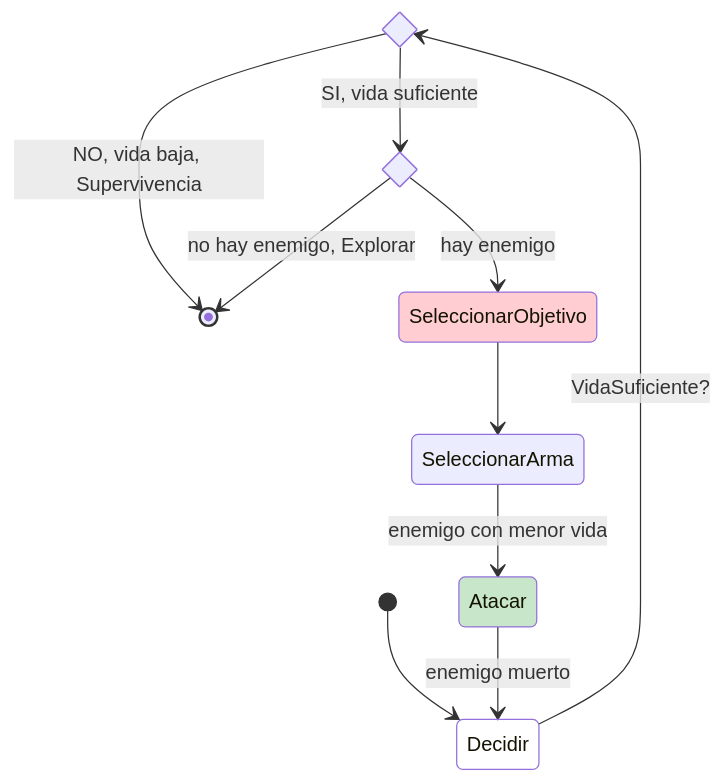
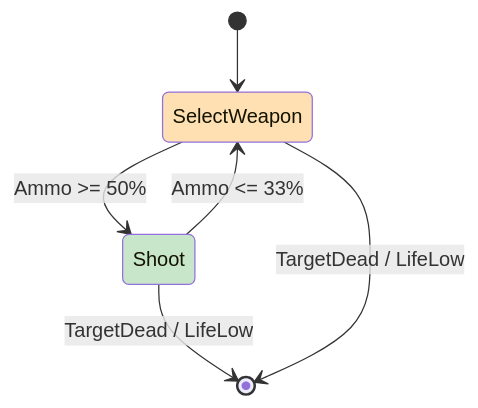
Before and after one commit to Kang-Hsi/hfsm-bt: the third of 5 diagrams in README.md, drawn with Mermaid. The commit also changed other lines of this file, not shown here.

````diff
--- a/README.md
+++ b/README.md
@@ -526,27 +529,18 @@
     ```mermaid
     ---
     config:
     theme: base
     look: neo
     ---
     stateDiagram
     direction TB
-    state VidaSuficiente? <<choice>>
-    state HayEnemigo? <<choice>>
 
-    [*] --> Decidir
-    Decidir --> VidaSuficiente?:VidaSuficiente?
-    VidaSuficiente? --> [*]:NO, vida baja, Supervivencia
-    VidaSuficiente? --> HayEnemigo?:SI, vida suficiente
-    HayEnemigo? --> [*]:no hay enemigo, Explorar
-    HayEnemigo? --> SeleccionarObjetivo:hay enemigo
+    [*] --> SelectWeapon
+    SelectWeapon --> Shoot: Ammo >= 50%
+    Shoot --> SelectWeapon: Ammo <= 33%
+    Shoot --> [*]: TargetDead / LifeLow
+    SelectWeapon --> [*]: TargetDead / LifeLow
 
-    SeleccionarObjetivo --> SeleccionarArma
-    SeleccionarArma --> Atacar:enemigo con menor vida
-    Atacar --> Decidir:enemigo muerto
-
-    style Decidir fill:transparent
-    style Perseguir fill:#BBDEFB
-    style SeleccionarObjetivo fill:#FFCDD2
-    style Atacar fill:#C8E6C9
+    style SelectWeapon fill:#FFE0B2
+    style Shoot fill:#C8E6C9
     ```
````
